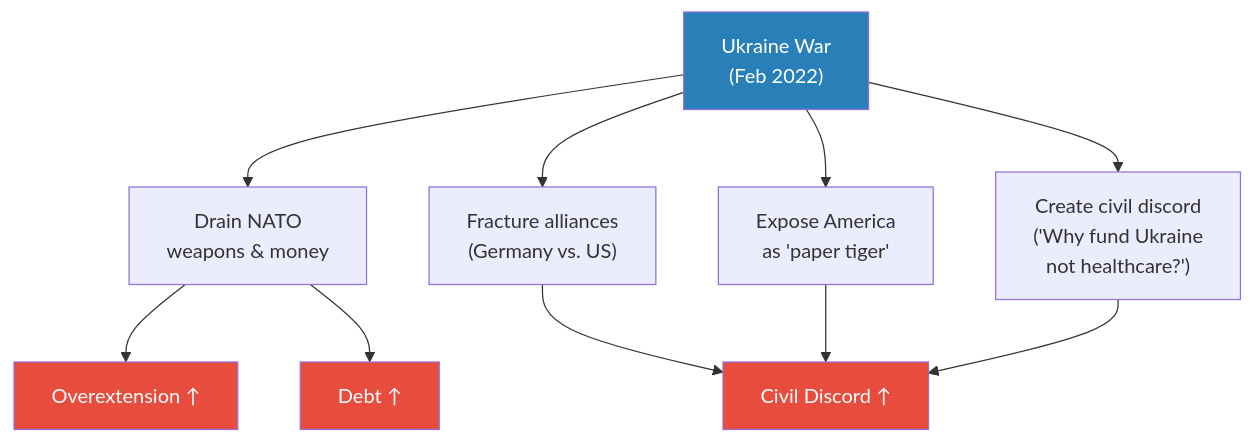
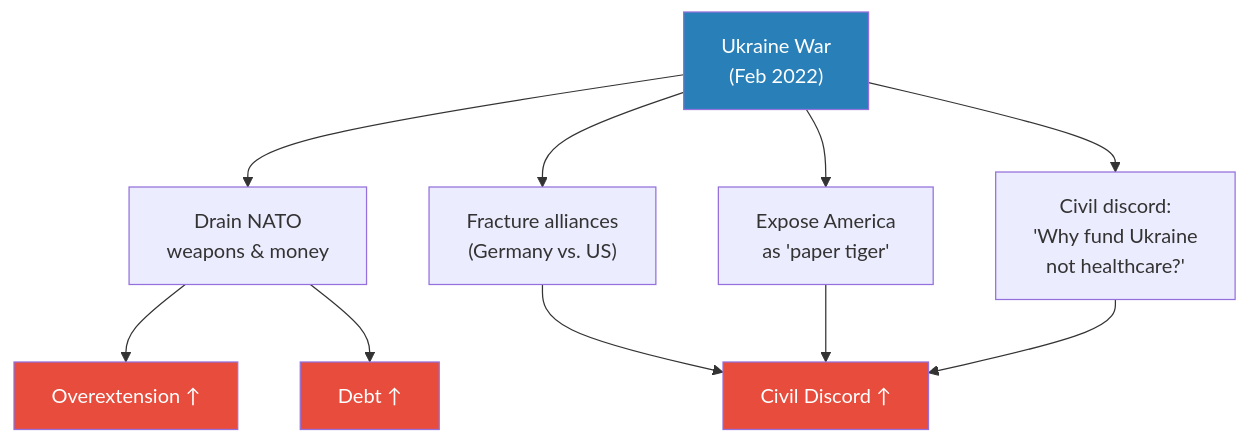
Before and after one commit to alius33/reader: the second of 11 diagrams in summaries/Lectures/Geo-Strategy/10 - Putin's Strategic Imagination.md, drawn with Mermaid. The commit also changed other lines of this file and 26 other files, not shown here.

````diff
--- a/summaries/Lectures/Geo-Strategy/10 - Putin's Strategic Imagination.md
+++ b/summaries/Lectures/Geo-Strategy/10 - Putin's Strategic Imagination.md
@@ -159,17 +113,17 @@
 ```mermaid
 flowchart TB
     UW["Ukraine War<br/>(Feb 2022)"]
     UW --> W1["Drain NATO<br/>weapons & money"]
     UW --> W2["Fracture alliances<br/>(Germany vs. US)"]
     UW --> W3["Expose America<br/>as 'paper tiger'"]
-    UW --> W4["Create civil discord<br/>('Why fund Ukraine<br/>not healthcare?')"]
+    UW --> W4["Civil discord:<br/>'Why fund Ukraine<br/>not healthcare?'"]
     W1 --> OE["Overextension ↑"]
     W1 --> DE["Debt ↑"]
     W2 --> CD["Civil Discord ↑"]
     W3 --> CD
     W4 --> CD
     style UW fill:#2980b9,color:#fff
     style OE fill:#e74c3c,color:#fff
     style DE fill:#e74c3c,color:#fff
     style CD fill:#e74c3c,color:#fff
 ```
````
